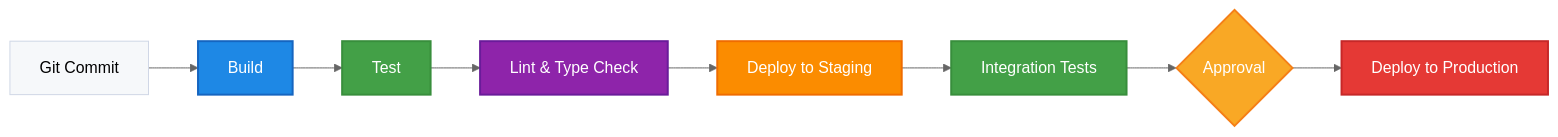
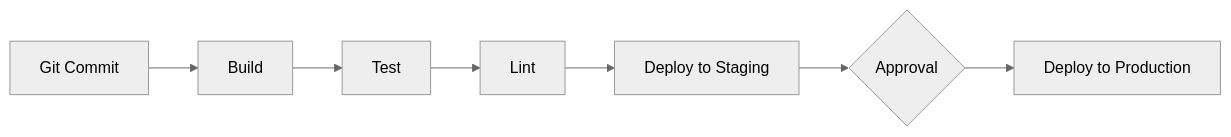
The diagram in handbook/03-operations/02-deployment/02-ci-cd-pipeline.md (joggrdocs/dungeons-and-docs), drawn with Mermaid (neutral theme) before and after one commit. The commit also changed other lines of this file and 10 other files, not shown here.

````diff
--- a/handbook/03-operations/02-deployment/02-ci-cd-pipeline.md
+++ b/handbook/03-operations/02-deployment/02-ci-cd-pipeline.md
@@ -7,19 +7,9 @@
 ```mermaid
 graph LR
   commit[Git Commit] --> build[Build]
   build --> test[Test]
-  test --> lint[Lint & Type Check]
+  test --> lint[Lint]
   lint --> deploy_staging[Deploy to Staging]
-  deploy_staging --> integration_test[Integration Tests]
-  integration_test --> approve{Approval}
+  deploy_staging --> approve{Approval}
   approve --> deploy_prod[Deploy to Production]
-  
-  style commit fill:#f6f8fa,stroke:#cfd7e6,stroke-width:1px
-  style build fill:#1e88e5,color:white,stroke:#1565c0,stroke-width:2px
-  style test fill:#43a047,color:white,stroke:#388e3c,stroke-width:2px
-  style lint fill:#8e24aa,color:white,stroke:#6a1b9a,stroke-width:2px
-  style deploy_staging fill:#fb8c00,color:white,stroke:#ef6c00,stroke-width:2px
-  style integration_test fill:#43a047,color:white,stroke:#388e3c,stroke-width:2px
-  style approve fill:#f9a825,color:white,stroke:#f57f17,stroke-width:2px
-  style deploy_prod fill:#e53935,color:white,stroke:#c62828,stroke-width:2px
 ```
````
